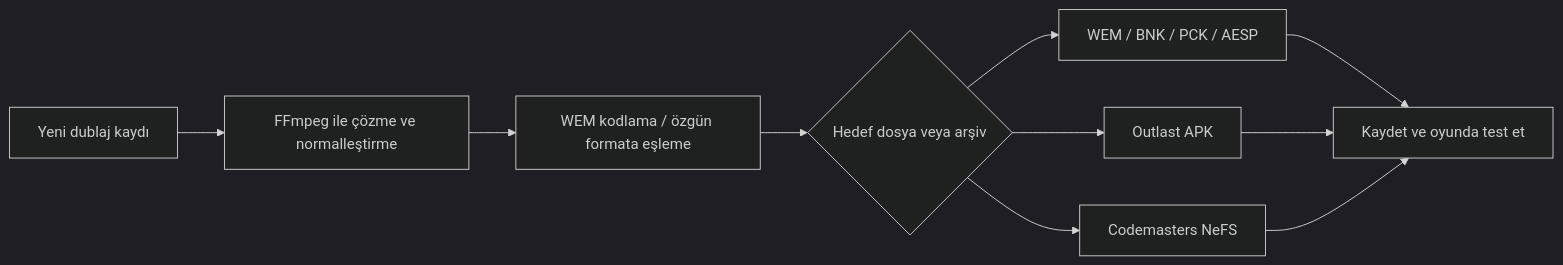
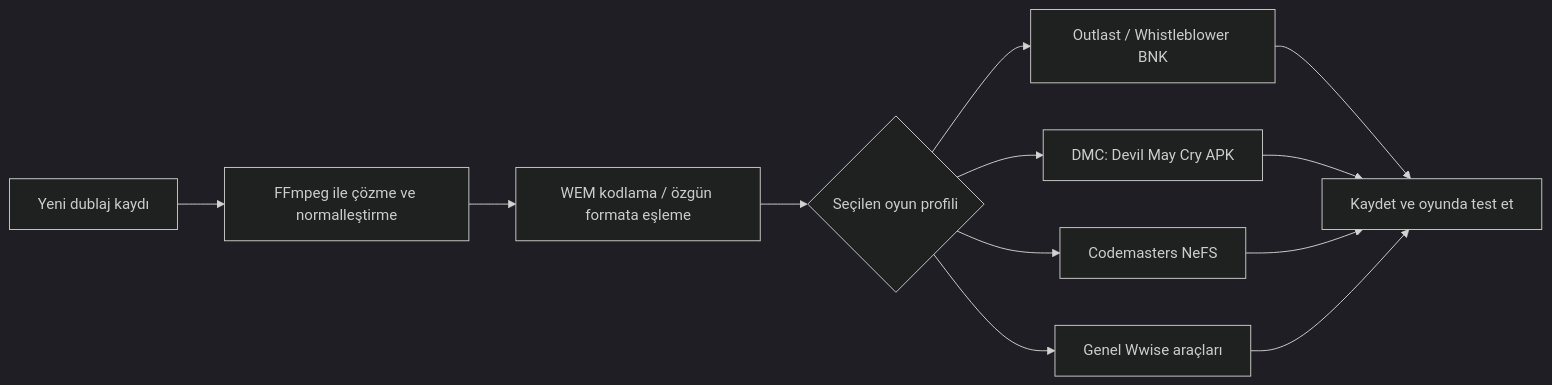
The first of 2 diagrams in README.md (apexlions16/UDMT), drawn with Mermaid (dark theme) before and after one commit. The commit also changed other lines of this file, not shown here.

Commit message:
Oyun ve dosya formatı eşlemesini düzelt

````diff
--- a/README.md
+++ b/README.md
@@ -29,12 +29,14 @@
 ```mermaid
 flowchart LR
     A[Yeni dublaj kaydı] --> B[FFmpeg ile çözme ve normalleştirme]
     B --> C[WEM kodlama / özgün formata eşleme]
-    C --> D{Hedef dosya veya arşiv}
-    D --> E[WEM / BNK / PCK / AESP]
-    D --> F[Outlast APK]
+    C --> D{Seçilen oyun profili}
+    D --> E[Outlast / Whistleblower BNK]
+    D --> F[DMC: Devil May Cry APK]
     D --> G[Codemasters NeFS]
+    D --> I[Genel Wwise araçları]
     E --> H[Kaydet ve oyunda test et]
     F --> H
     G --> H
+    I --> H
 ```
````
